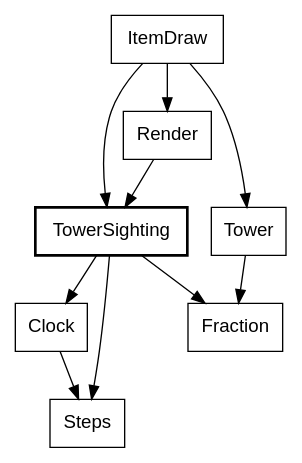
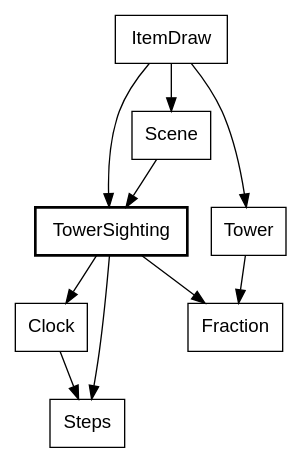
The tenth of 19 diagrams in canvas_apps/safari/tutorial/tutorial.md (showell/roc-apps), drawn with Graphviz before and after one commit. The commit also changed other lines of this file and 5 other files, not shown here.

First line of the commit message:
safari: Render becomes Scene

````diff
--- a/canvas_apps/safari/tutorial/tutorial.md
+++ b/canvas_apps/safari/tutorial/tutorial.md
@@ -641,15 +641,15 @@
 ```dot
 digraph beacon {
   node [shape=box, fontname="Helvetica"];
   TowerSighting [style=bold];
-  ItemDraw -> Render;
+  ItemDraw -> Scene;
   ItemDraw -> TowerSighting;
   ItemDraw -> Tower;
-  Render -> TowerSighting;
+  Scene -> TowerSighting;
   TowerSighting -> Clock;
   TowerSighting -> Steps;
   TowerSighting -> Fraction;
   Clock -> Steps;
   Tower -> Fraction;
 }
 ```
````
